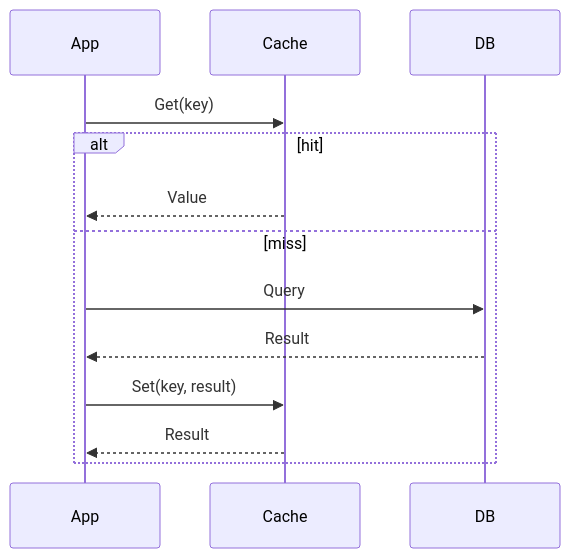
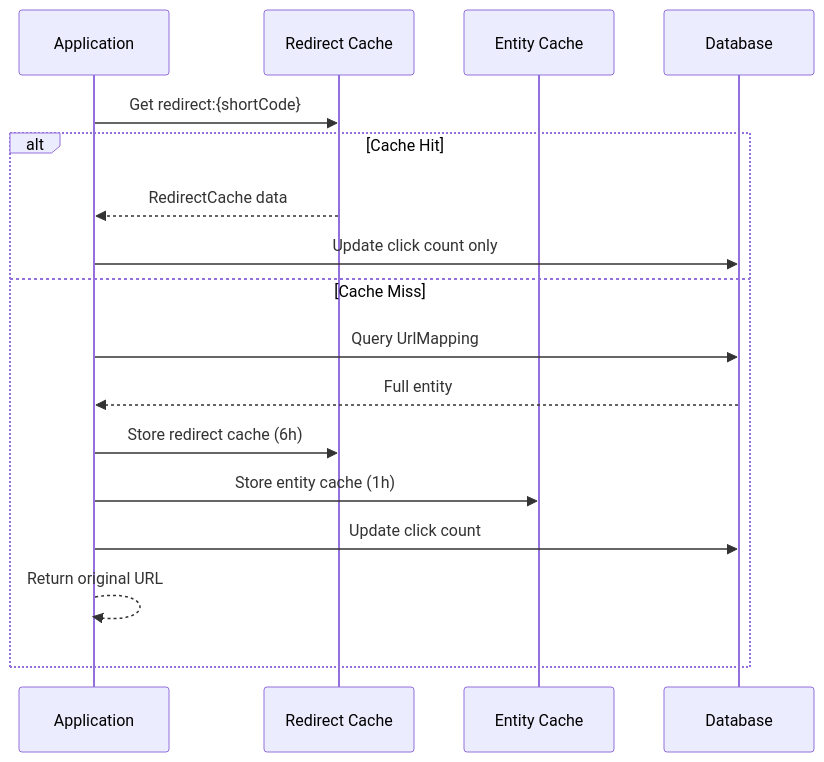
Before and after one commit to kufa-dev-team/url_shortener: the second of 3 diagrams in docs-site/docs/caching/patterns.md, drawn with Mermaid. The commit also changed other lines of this file and 10 other files, not shown here.

````diff
--- a/docs-site/docs/caching/patterns.md
+++ b/docs-site/docs/caching/patterns.md
@@ -6,16 +85,20 @@
 ```mermaid
 sequenceDiagram
-  participant App
-  participant Cache
-  participant DB
+    participant App as Application
+    participant RC as Redirect Cache
+    participant EC as Entity Cache
+    participant DB as Database
 
-  App->>Cache: Get(key)
-  alt hit
-    Cache-->>App: Value
-  else miss
-    App->>DB: Query
-    DB-->>App: Result
-    App->>Cache: Set(key, result)
-    Cache-->>App: Result
-  end
+    App->>RC: Get redirect:{shortCode}
+    alt Cache Hit
+        RC-->>App: RedirectCache data
+        App->>DB: Update click count only
+    else Cache Miss
+        App->>DB: Query UrlMapping
+        DB-->>App: Full entity
+        App->>RC: Store redirect cache (6h)
+        App->>EC: Store entity cache (1h)
+        App->>DB: Update click count
+        App-->>App: Return original URL
+    end
 ```
````
